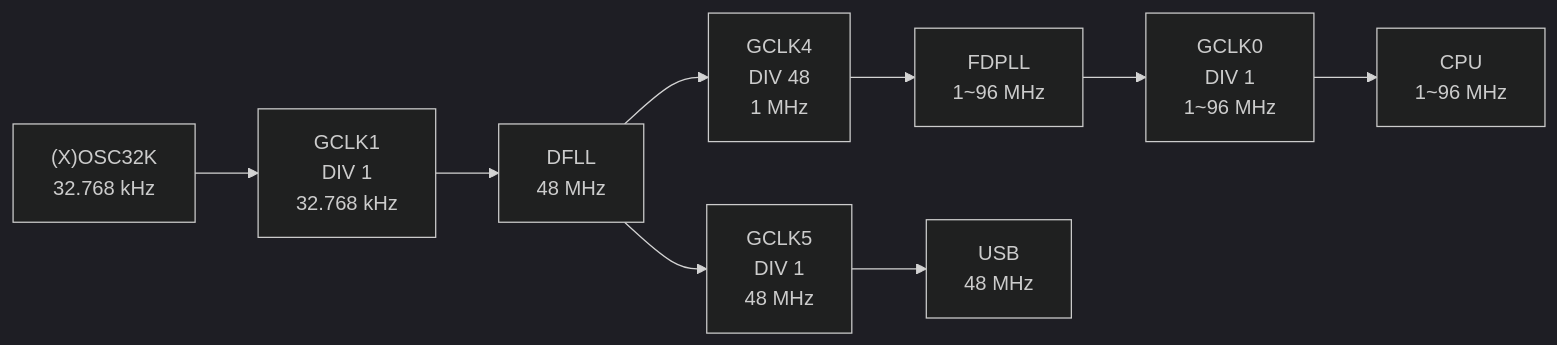
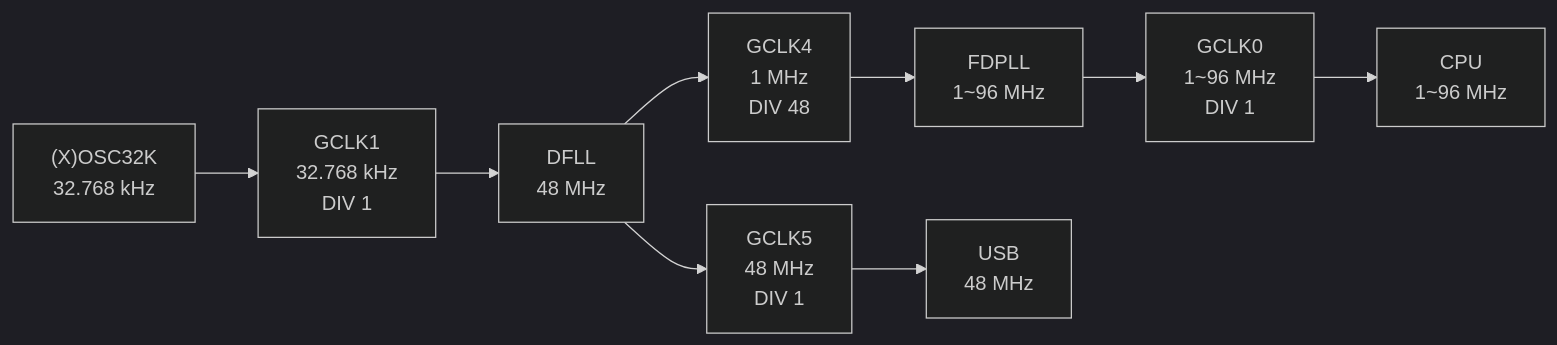
Before and after one commit to dojyorin/arduino_m0_tweak: the third of 4 diagrams in README.md, drawn with Mermaid (dark theme). The commit also changed other lines of this file, not shown here.

````diff
--- a/README.md
+++ b/README.md
@@ -100,6 +131,6 @@
 ```mermaid
 flowchart LR
 
-OSC32K["(X)OSC32K\n32.768 kHz"] --> GCLK1["GCLK1\nDIV 1\n32.768 kHz"] --> DFLL["DFLL\n48 MHz"] --> GCLK4["GCLK4\nDIV 48\n1 MHz"] --> FDPLL["FDPLL\n1~96 MHz"] --> GCLK0["GCLK0\nDIV 1\n1~96 MHz"] --> CPU["CPU\n1~96 MHz"]
-DFLL --> GCLK5["GCLK5\nDIV 1\n48 MHz"] --> USB["USB\n48 MHz"]
+OSC32K["(X)OSC32K\n32.768 kHz"] --> GCLK1["GCLK1\n32.768 kHz\nDIV 1"] --> DFLL["DFLL\n48 MHz"] --> GCLK4["GCLK4\n1 MHz\nDIV 48"] --> FDPLL["FDPLL\n1~96 MHz"] --> GCLK0["GCLK0\n1~96 MHz\nDIV 1"] --> CPU["CPU\n1~96 MHz"]
+DFLL --> GCLK5["GCLK5\n48 MHz\nDIV 1"] --> USB["USB\n48 MHz"]
 ```
````
